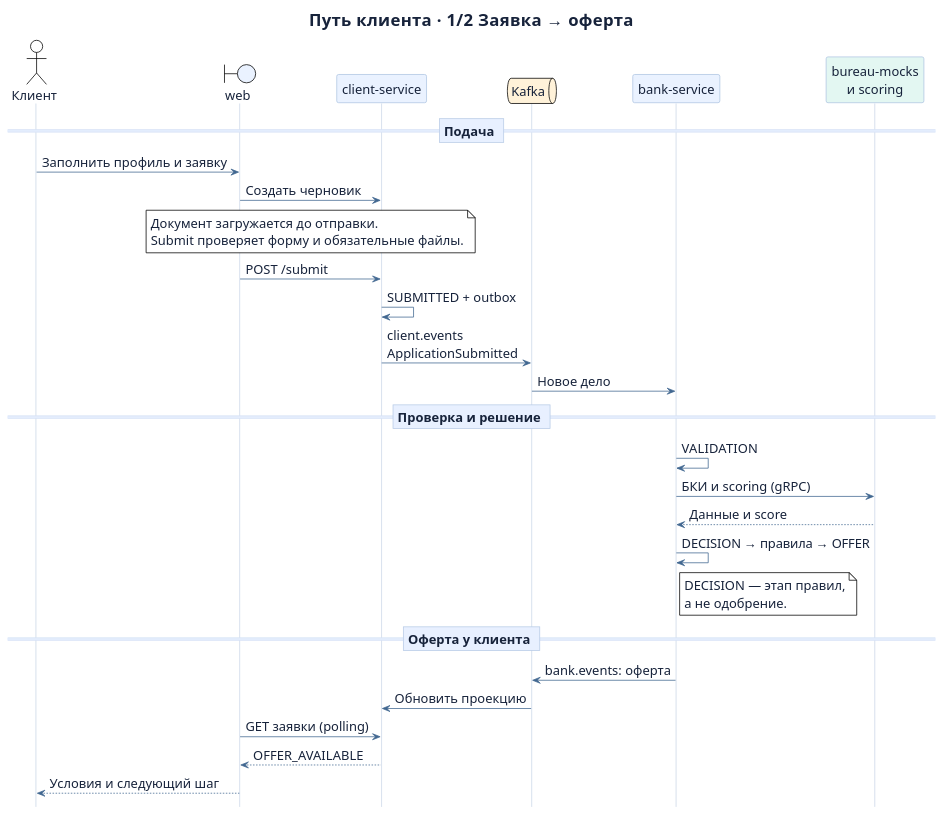
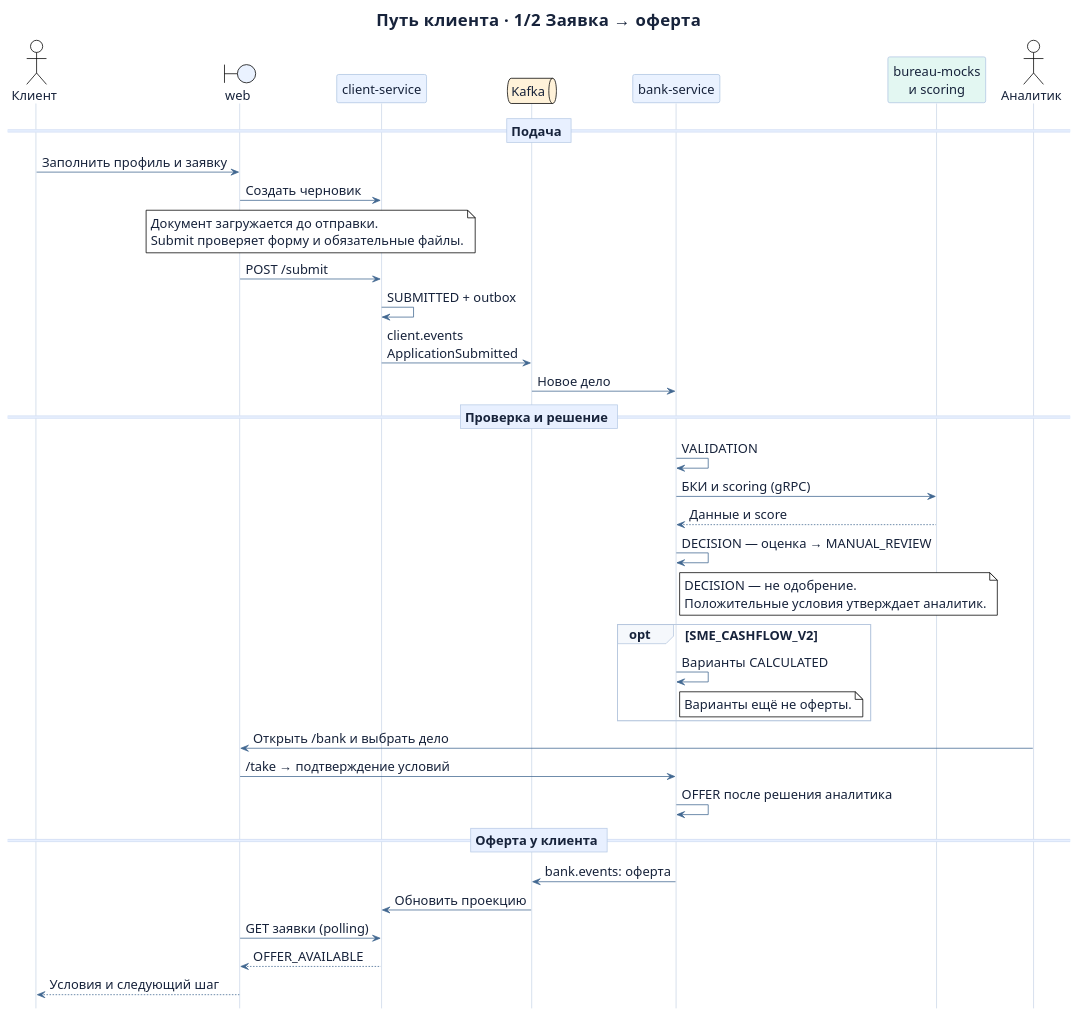
One commit to kry4onok/smart-credit changed the diagram in docs/diagrams/client-journey.puml. Above: the diagram before and after it, drawn with PlantUML. The commit also changed 26 other files, not shown here.

Commit message:
docs: rebuild project diagrams with PlantUML and clarify Ollama setup

```diff
--- a/docs/diagrams/client-journey.puml
+++ b/docs/diagrams/client-journey.puml
@@ -1,48 +1,56 @@
 @startuml client-journey
 !theme plain
 skinparam backgroundColor #FFFFFF
 skinparam shadowing false
 skinparam defaultFontName Arial
 skinparam defaultFontSize 17
 skinparam defaultFontColor #17233B
 skinparam sequenceArrowColor #416791
 skinparam sequenceLifeLineBorderColor #CAD7E8
 skinparam sequenceParticipantBorderColor #AFC5E2
 skinparam sequenceParticipantBackgroundColor #EAF2FF
 skinparam sequenceGroupBorderColor #B5C6DE
 skinparam sequenceGroupBackgroundColor #F5F8FC
 skinparam sequenceDividerBackgroundColor #E8F0FF
 skinparam sequenceDividerBorderColor #B8CBE6
 hide footbox
 title Путь клиента  ·  1/2  Заявка → оферта
 
 actor "Клиент" as User
 boundary "web" as Web #EAF2FF
 participant "client-service" as Client #EAF2FF
 queue "Kafka" as Kafka #FFF2D9
 participant "bank-service" as Bank #EAF2FF
 participant "bureau-mocks\nи scoring" as Checks #E3F7F2
+actor "Аналитик" as Analyst
 
 == Подача ==
 User -> Web: Заполнить профиль и заявку
 Web -> Client: Создать черновик
 note over Web,Client: Документ загружается до отправки.\nSubmit проверяет форму и обязательные файлы.
 Web -> Client: POST /submit
 Client -> Client: SUBMITTED + outbox
 Client -> Kafka: client.events\nApplicationSubmitted
 Kafka -> Bank: Новое дело
 
 == Проверка и решение ==
 Bank -> Bank: VALIDATION
 Bank -> Checks: БКИ и scoring (gRPC)
 Checks --> Bank: Данные и score
-Bank -> Bank: DECISION → правила → OFFER
-note right of Bank: DECISION — этап правил,\nа не одобрение.
+Bank -> Bank: DECISION — оценка → MANUAL_REVIEW
+note right of Bank: DECISION — не одобрение.\nПоложительные условия утверждает аналитик.
+opt SME_CASHFLOW_V2
+  Bank -> Bank: Варианты CALCULATED
+  note right of Bank: Варианты ещё не оферты.
+end
+Analyst -> Web: Открыть /bank и выбрать дело
+Web -> Bank: /take → подтверждение условий
+Bank -> Bank: OFFER после решения аналитика
 
 == Оферта у клиента ==
 Bank -> Kafka: bank.events: оферта
 Kafka -> Client: Обновить проекцию
 Web -> Client: GET заявки (polling)
 Client --> Web: OFFER_AVAILABLE
 Web --> User: Условия и следующий шаг
 @enduml
```
